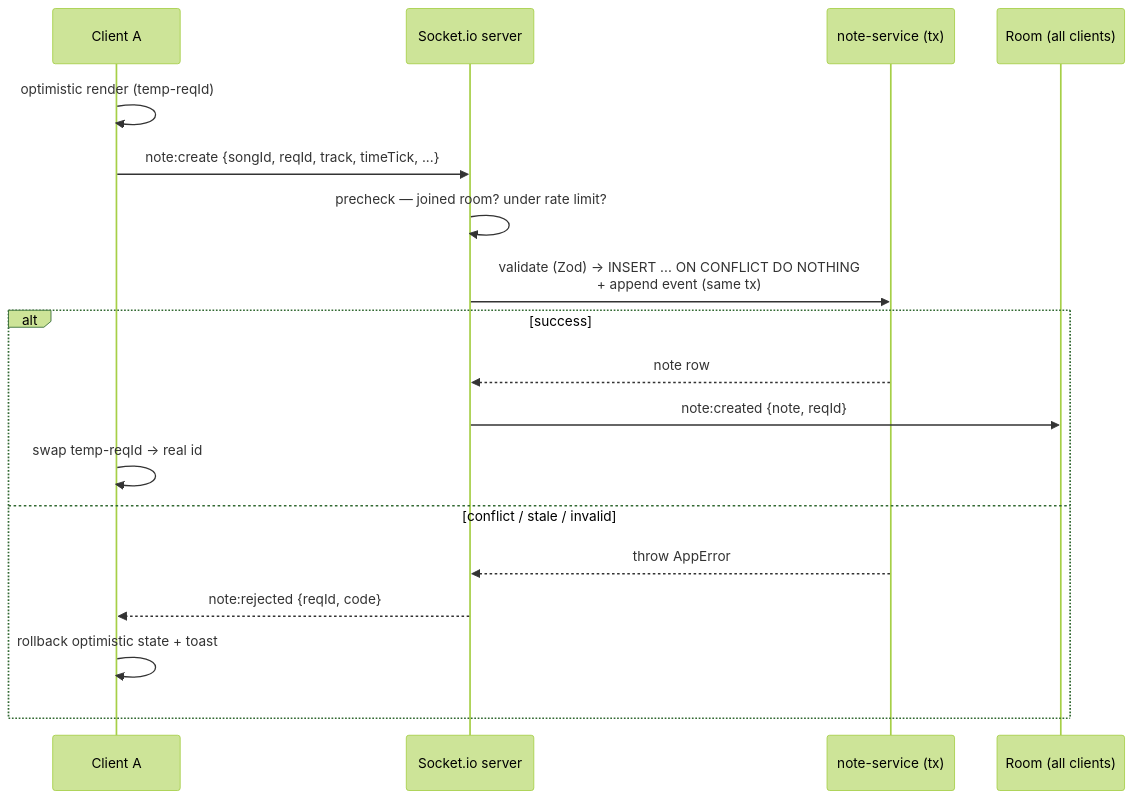
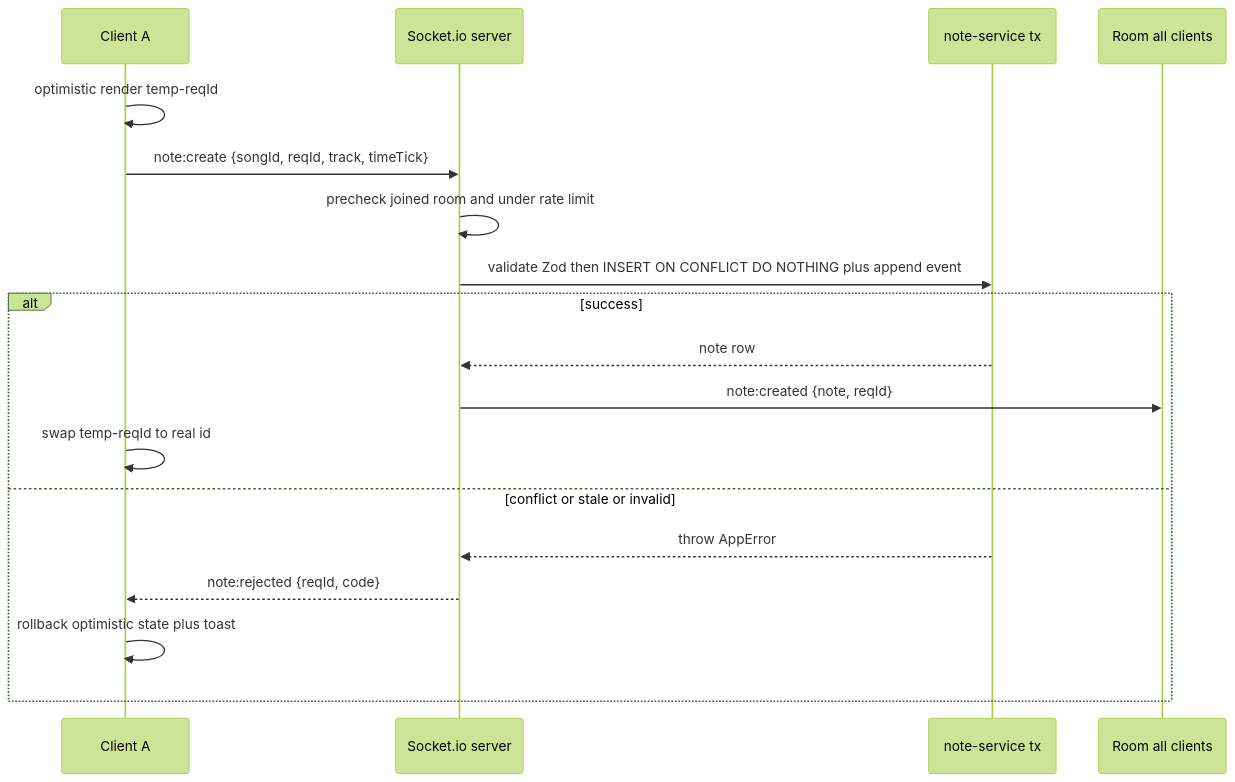
One commit to giangld04/midi-casestudy changed the seventh of 8 diagrams in docs/architecture.md. Above: the diagram before and after it, drawn with Mermaid (forest theme). The commit also changed other lines of this file and 13 other files, not shown here.

````diff
--- a/docs/architecture.md
+++ b/docs/architecture.md
@@ -155,21 +272,21 @@
 ```mermaid
 sequenceDiagram
   participant A as Client A
   participant S as Socket.io server
-  participant Svc as note-service (tx)
-  participant R as Room (all clients)
+  participant Svc as note-service tx
+  participant R as Room all clients
 
-  A->>A: optimistic render (temp-reqId)
-  A->>S: note:create {songId, reqId, track, timeTick, ...}
-  S->>S: precheck — joined room? under rate limit?
-  S->>Svc: validate (Zod) → INSERT ... ON CONFLICT DO NOTHING<br/>+ append event (same tx)
+  A->>A: optimistic render temp-reqId
+  A->>S: note:create {songId, reqId, track, timeTick}
+  S->>S: precheck joined room and under rate limit
+  S->>Svc: validate Zod then INSERT ON CONFLICT DO NOTHING plus append event
   alt success
     Svc-->>S: note row
     S->>R: note:created {note, reqId}
-    A->>A: swap temp-reqId → real id
-  else conflict / stale / invalid
+    A->>A: swap temp-reqId to real id
+  else conflict or stale or invalid
     Svc-->>S: throw AppError
     S-->>A: note:rejected {reqId, code}
-    A->>A: rollback optimistic state + toast
+    A->>A: rollback optimistic state plus toast
   end
 ```
````
